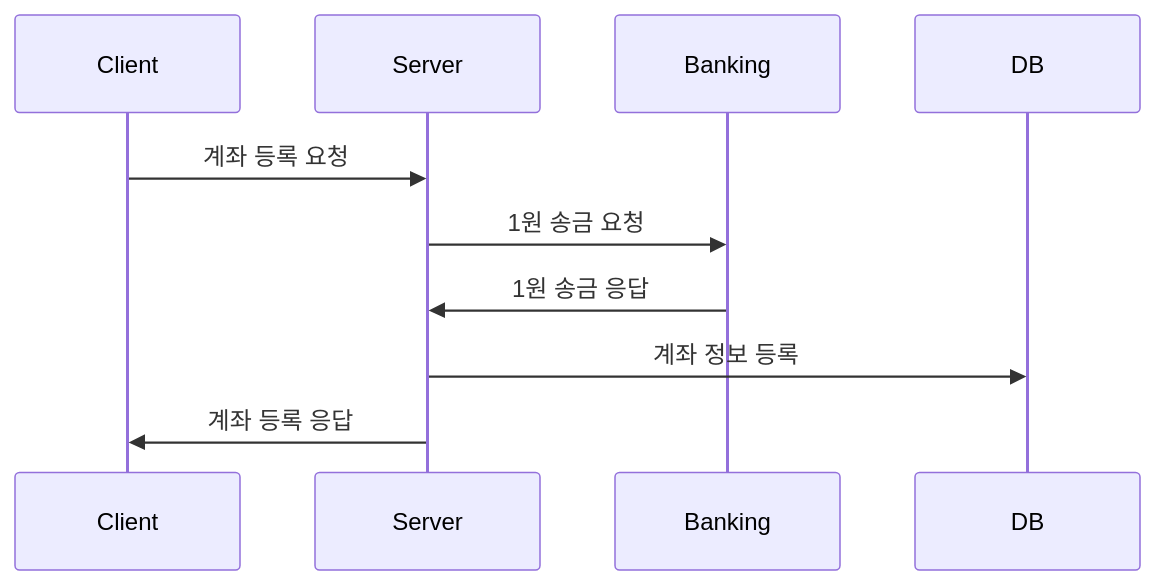
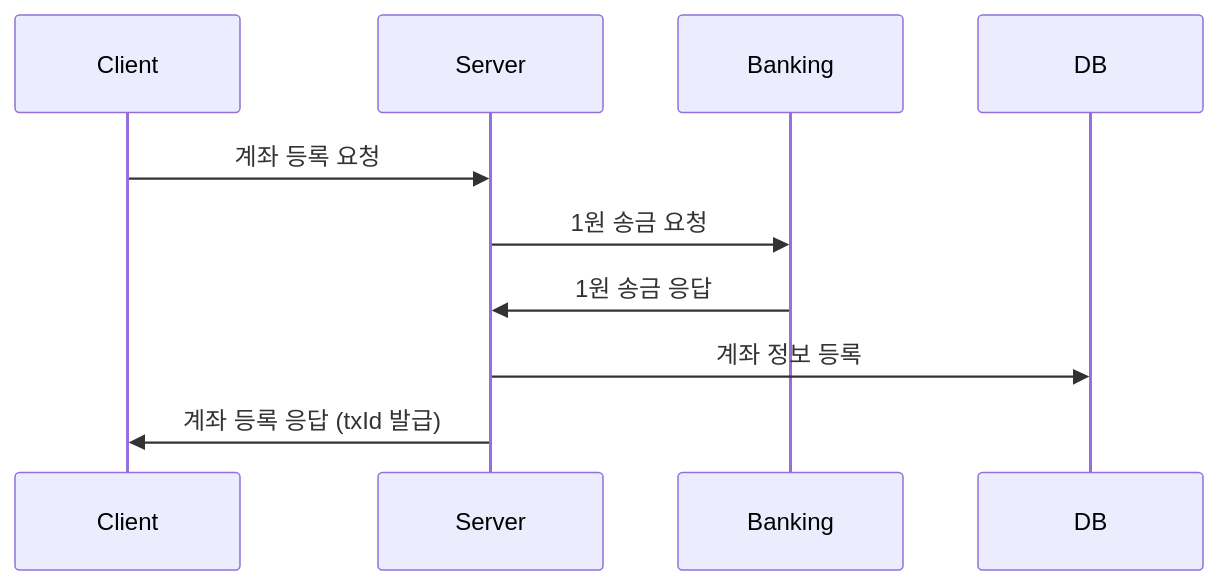
One commit to sungjunjin/til changed the first of 7 diagrams in project/project_api.md. Above: the diagram before and after it, drawn with Mermaid. The commit also changed other lines of this file, not shown here.

````diff
--- a/project/project_api.md
+++ b/project/project_api.md
@@ -69,9 +374,9 @@
             ```mermaid
             sequenceDiagram
                 Client ->> Server : 계좌 등록 요청
                 Server ->> Banking : 1원 송금 요청
                 Banking ->> Server : 1원 송금 응답
                 Server ->> DB : 계좌 정보 등록
-                Server ->> Client : 계좌 등록 응답
+                Server ->> Client : 계좌 등록 응답 (txId 발급)
             	    
             ```
````
